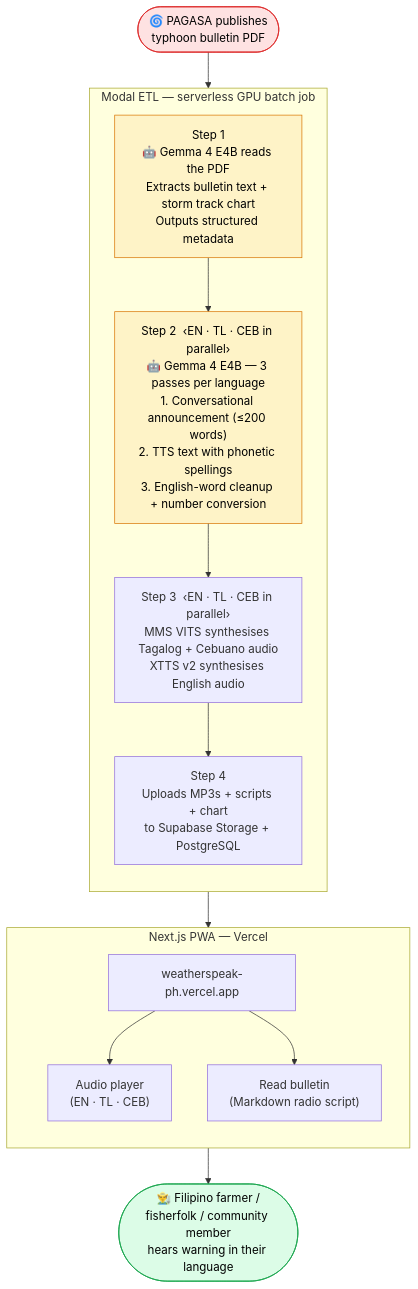
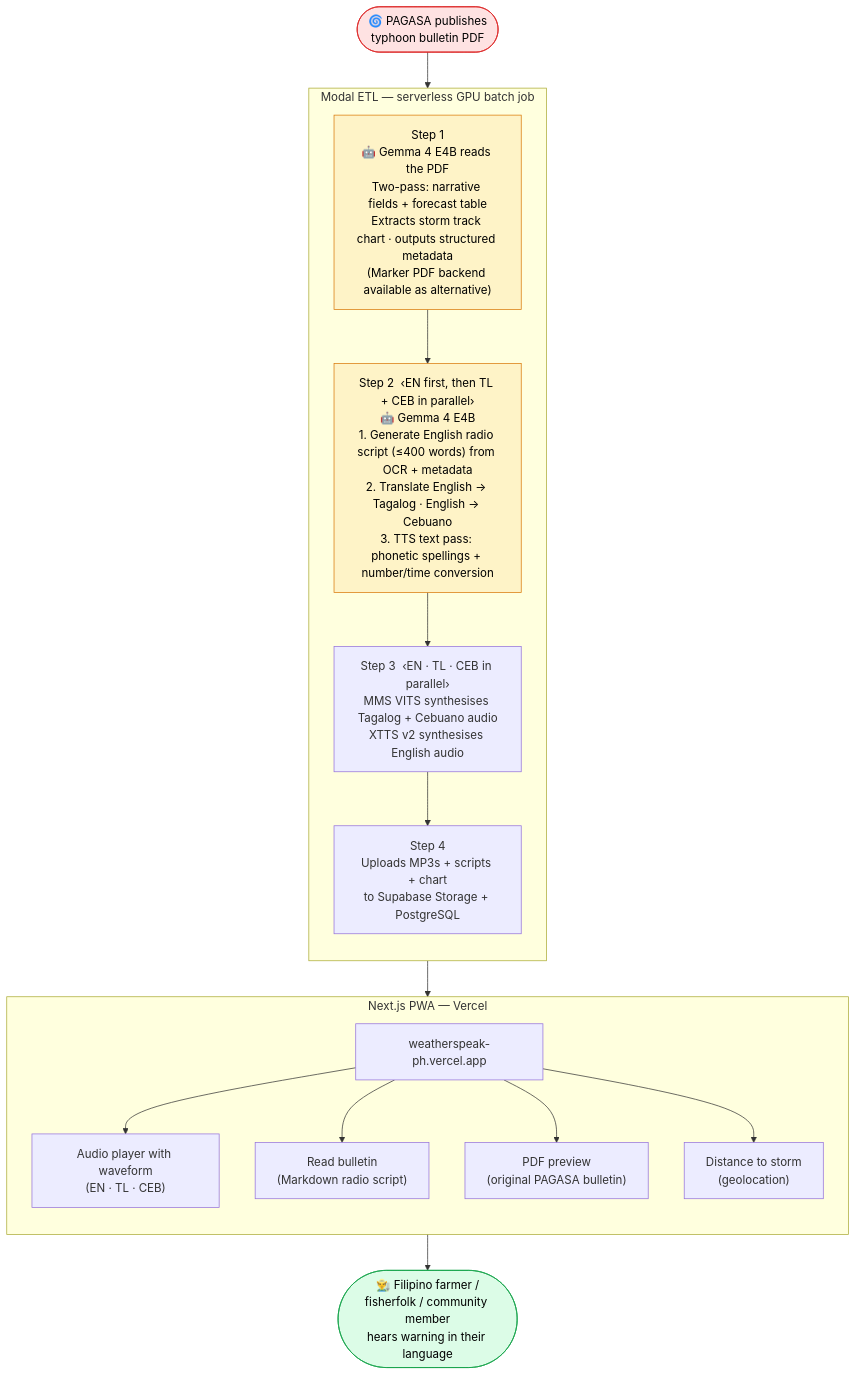
One commit to jaeyow/weatherspeak-ph changed the second of 2 diagrams in README.md. Above: the diagram before and after it, drawn with Mermaid. The commit also changed other lines of this file, not shown here.

First line of the commit message:
docs: update README to reflect current ETL architecture and codebase

````diff
--- a/README.md
+++ b/README.md
@@ -67,31 +68,35 @@
 ```mermaid
 flowchart TD
     PAGASA(["🌀 PAGASA publishes\ntyphoon bulletin PDF"])
 
     subgraph ETL["Modal ETL  —  serverless GPU batch job"]
         direction TB
-        OCR["Step 1\n🤖 Gemma 4 E4B reads the PDF\nExtracts bulletin text + storm track chart\nOutputs structured metadata"]
-        SCRIPTS["Step 2  ‹EN · TL · CEB in parallel›\n🤖 Gemma 4 E4B — 3 passes per language\n1. Conversational announcement (≤200 words)\n2. TTS text with phonetic spellings\n3. English-word cleanup + number conversion"]
+        OCR["Step 1\n🤖 Gemma 4 E4B reads the PDF\nTwo-pass: narrative fields + forecast table\nExtracts storm track chart · outputs structured metadata\n(Marker PDF backend available as alternative)"]
+        SCRIPTS["Step 2  ‹EN first, then TL + CEB in parallel›\n🤖 Gemma 4 E4B\n1. Generate English radio script (≤400 words) from OCR + metadata\n2. Translate English → Tagalog · English → Cebuano\n3. TTS text pass: phonetic spellings + number/time conversion"]
         TTS["Step 3  ‹EN · TL · CEB in parallel›\nMMS VITS synthesises Tagalog + Cebuano audio\nXTTS v2 synthesises English audio"]
         UPLOAD["Step 4\nUploads MP3s + scripts + chart\nto Supabase Storage + PostgreSQL"]
         OCR --> SCRIPTS --> TTS --> UPLOAD
     end
 
     subgraph WEB["Next.js PWA  —  Vercel"]
         direction TB
         SITE["weatherspeak-ph.vercel.app"]
-        PLAYER["Audio player\n(EN · TL · CEB)"]
+        PLAYER["Audio player with waveform\n(EN · TL · CEB)"]
         SCRIPT["Read bulletin\n(Markdown radio script)"]
+        PDF_PREV["PDF preview\n(original PAGASA bulletin)"]
+        GEO["Distance to storm\n(geolocation)"]
         SITE --> PLAYER
         SITE --> SCRIPT
+        SITE --> PDF_PREV
+        SITE --> GEO
     end
 
     USER(["👨‍🌾 Filipino farmer /\nfisherfolk / community member\nhears warning in their language"])
 
     PAGASA --> ETL --> WEB --> USER
 
     style OCR fill:#fef3c7,stroke:#d97706,color:#000
     style SCRIPTS fill:#fef3c7,stroke:#d97706,color:#000
     style PAGASA fill:#fee2e2,stroke:#dc2626,color:#000
     style USER fill:#dcfce7,stroke:#16a34a,color:#000
 ```
````
